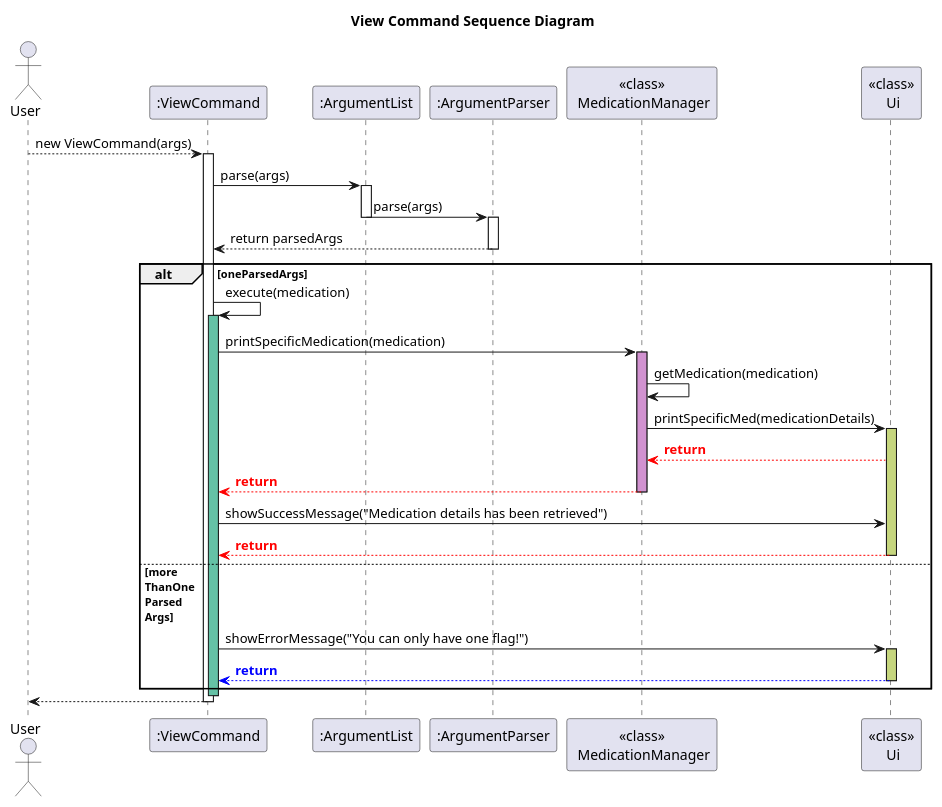
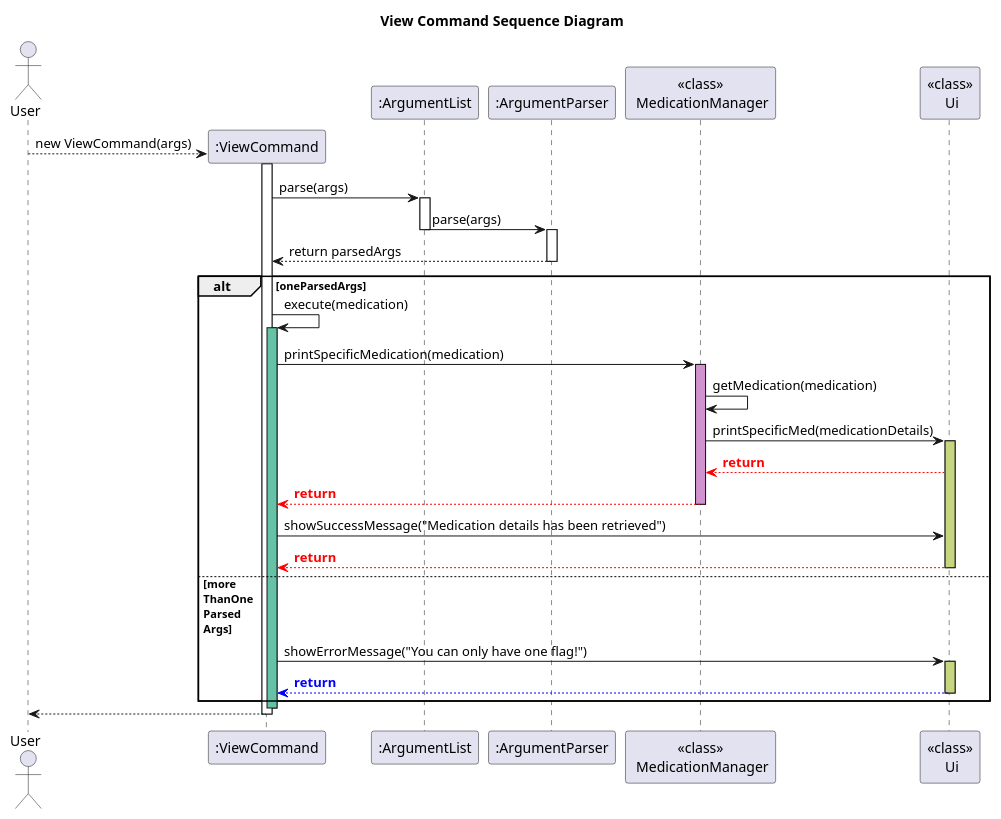
One commit to e0958902/tp changed the diagram in docs/diagrams/ViewCommand.puml. Above: the diagram before and after it, drawn with PlantUML. The commit also changed 1 other file, not shown here.

Commit message:
Update DG Sequence Diagram

```diff
--- a/docs/diagrams/ViewCommand.puml
+++ b/docs/diagrams/ViewCommand.puml
@@ -1,52 +1,52 @@
 @startuml
 
 actor User
 title View Command Sequence Diagram
 participant ":ViewCommand" as ViewCommand
 participant ":ArgumentList" as ArgumentList
 participant ":ArgumentParser" as ArgumentParser
 participant "<<class>>\n MedicationManager" as MedicationManager
 participant "<<class>>\n Ui" as Ui
 
-User --> ViewCommand: new ViewCommand(args)
+User --> ViewCommand ** : new ViewCommand(args)
 activate ViewCommand
 ViewCommand -> ArgumentList: parse(args)
 
 activate ArgumentList
 ArgumentList -> ArgumentParser: parse(args)
 deactivate ArgumentList
 
 activate ArgumentParser
 ArgumentParser --> ViewCommand: return parsedArgs
 deactivate ArgumentParser
 
 alt #transparent oneParsedArgs
     ViewCommand -> ViewCommand: execute(medication)
     activate ViewCommand #65c2a6
 
     ViewCommand -> MedicationManager: printSpecificMedication(medication)
     activate MedicationManager #d192d0
     MedicationManager -> MedicationManager: getMedication(medication)
 
     MedicationManager -> Ui: printSpecificMed(medicationDetails)
     activate Ui #c6d67e
     Ui --[#red]> MedicationManager: <font color=red><b>return
     MedicationManager --[#red]> ViewCommand: <font color=red><b>return
     deactivate MedicationManager
 
     ViewCommand -> Ui: showSuccessMessage("Medication details has been retrieved")
     Ui --[#red]> ViewCommand: <font color=red><b>return
     deactivate Ui
 
 else #transparent more\nThanOne\nParsed\nArgs
     ViewCommand -> Ui: showErrorMessage("You can only have one flag!")
     activate Ui #c6d67e
     Ui --[#blue]> ViewCommand: <font color=blue><b>return
     deactivate Ui
 end
 
 deactivate ViewCommand
 User <-- ViewCommand
 deactivate ViewCommand
 
 @enduml
```
